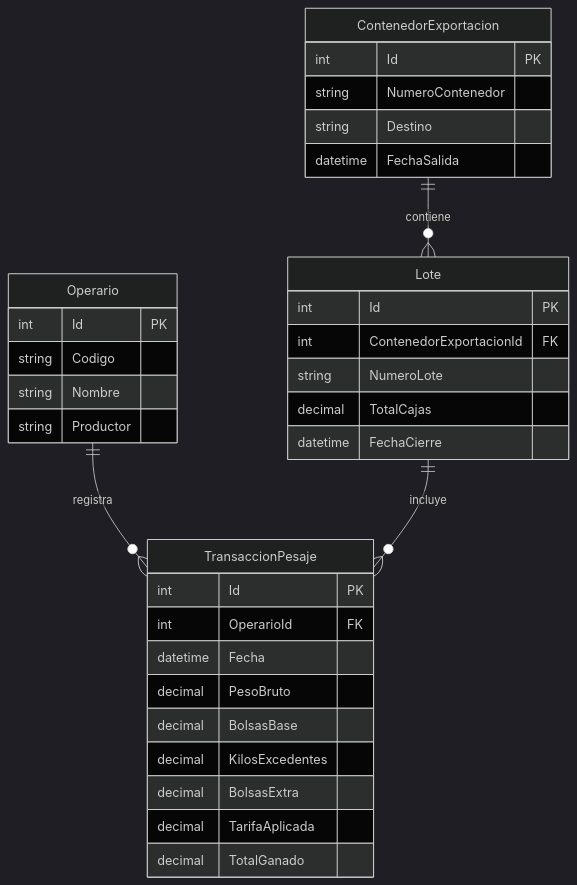
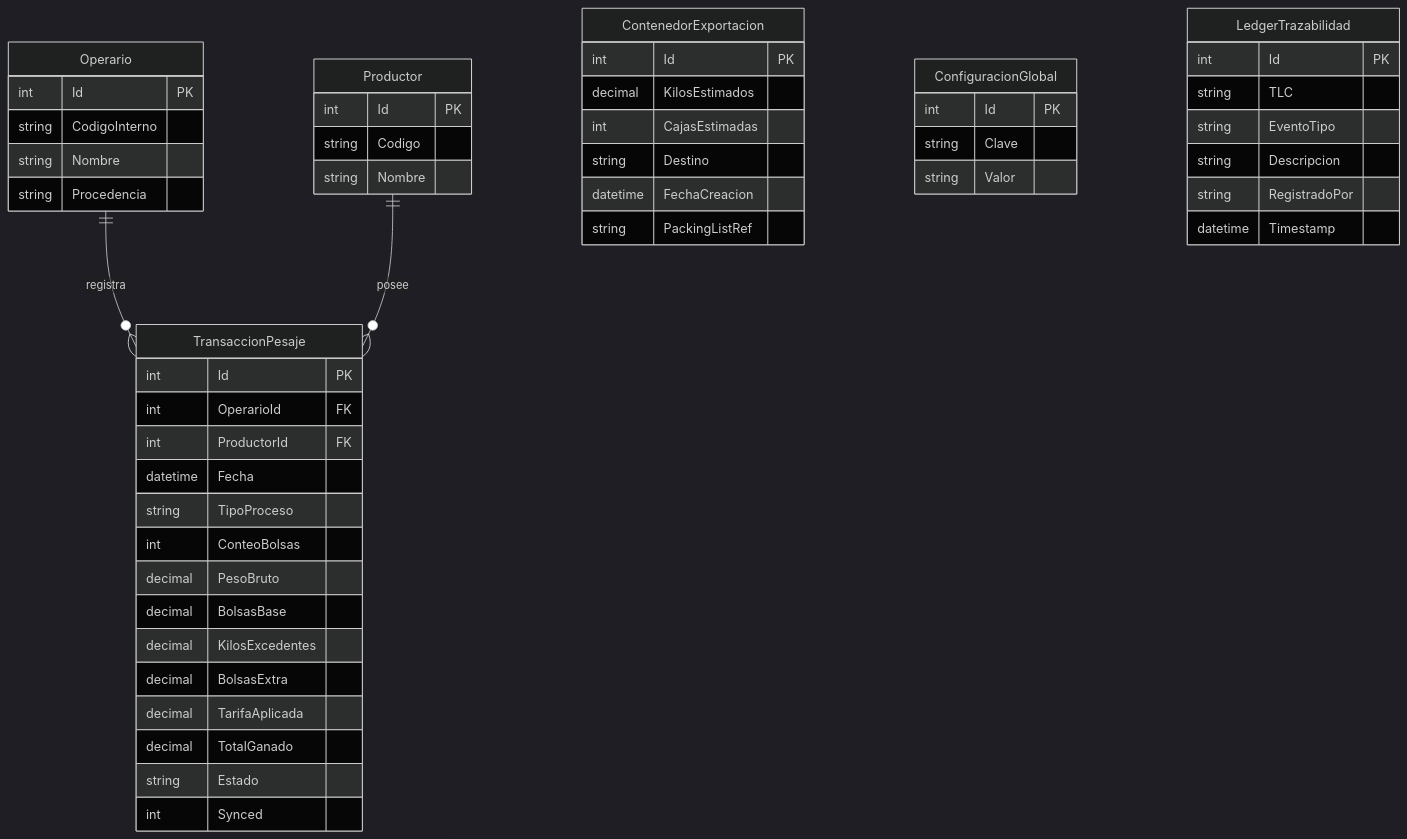
The diagram in docs/Diagrama_ERD.md (colomer510-netizen/agrotrack-nominas), drawn with Mermaid (dark theme) before and after one commit. The commit also changed 40 other files, not shown here.

````diff
--- a/docs/Diagrama_ERD.md
+++ b/docs/Diagrama_ERD.md
@@ -9,40 +9,59 @@
 ```mermaid
 erDiagram
     Operario {
         int Id PK
+        string CodigoInterno
+        string Nombre
+        string Procedencia
+    }
+    
+    Productor {
+        int Id PK
         string Codigo
         string Nombre
-        string Productor
     }
-    
+
     TransaccionPesaje {
         int Id PK
         int OperarioId FK
+        int ProductorId FK
         datetime Fecha
+        string TipoProceso
+        int ConteoBolsas
         decimal PesoBruto
         decimal BolsasBase
         decimal KilosExcedentes
         decimal BolsasExtra
         decimal TarifaAplicada
         decimal TotalGanado
+        string Estado
+        int Synced
     }
     
     ContenedorExportacion {
         int Id PK
-        string NumeroContenedor
+        decimal KilosEstimados
+        int CajasEstimadas
         string Destino
-        datetime FechaSalida
+        datetime FechaCreacion
+        string PackingListRef
     }
     
-    Lote {
+    ConfiguracionGlobal {
         int Id PK
-        int ContenedorExportacionId FK
-        string NumeroLote
-        decimal TotalCajas
-        datetime FechaCierre
+        string Clave
+        string Valor
+    }
+
+    LedgerTrazabilidad {
+        int Id PK
+        string TLC
+        string EventoTipo
+        string Descripcion
+        string RegistradoPor
+        datetime Timestamp
     }
     
     Operario ||--o{ TransaccionPesaje : "registra"
-    ContenedorExportacion ||--o{ Lote : "contiene"
-    Lote ||--o{ TransaccionPesaje : "incluye"
+    Productor ||--o{ TransaccionPesaje : "posee"
 ```
````
